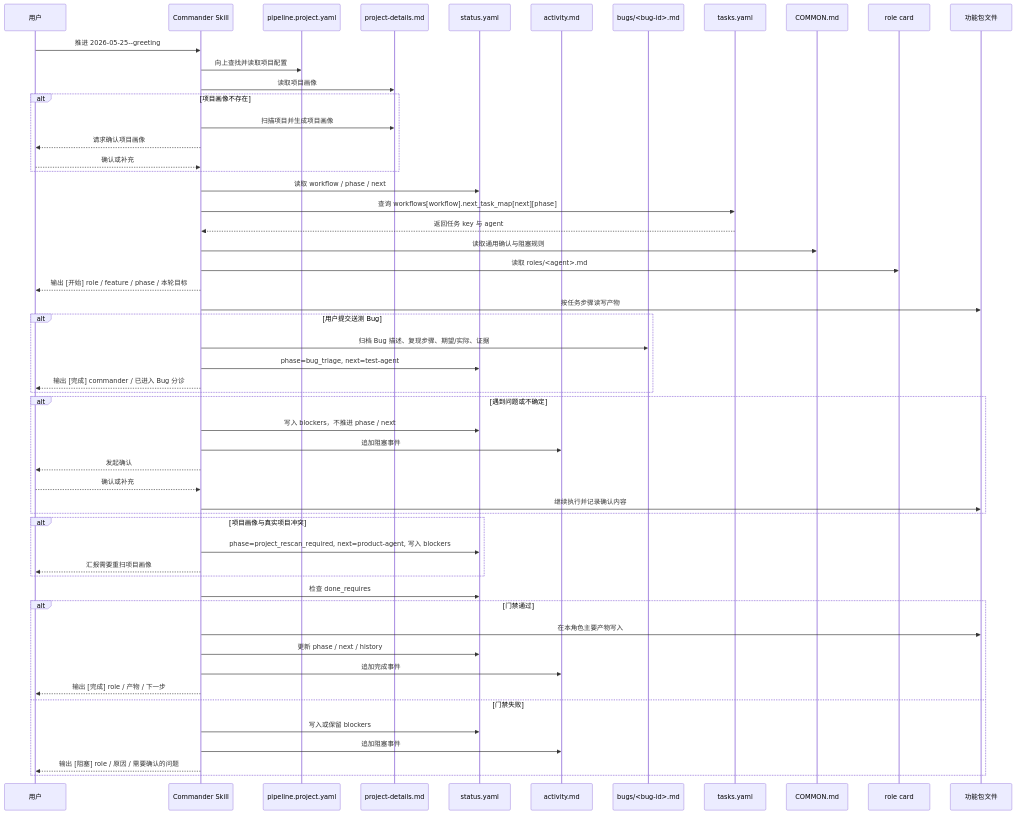
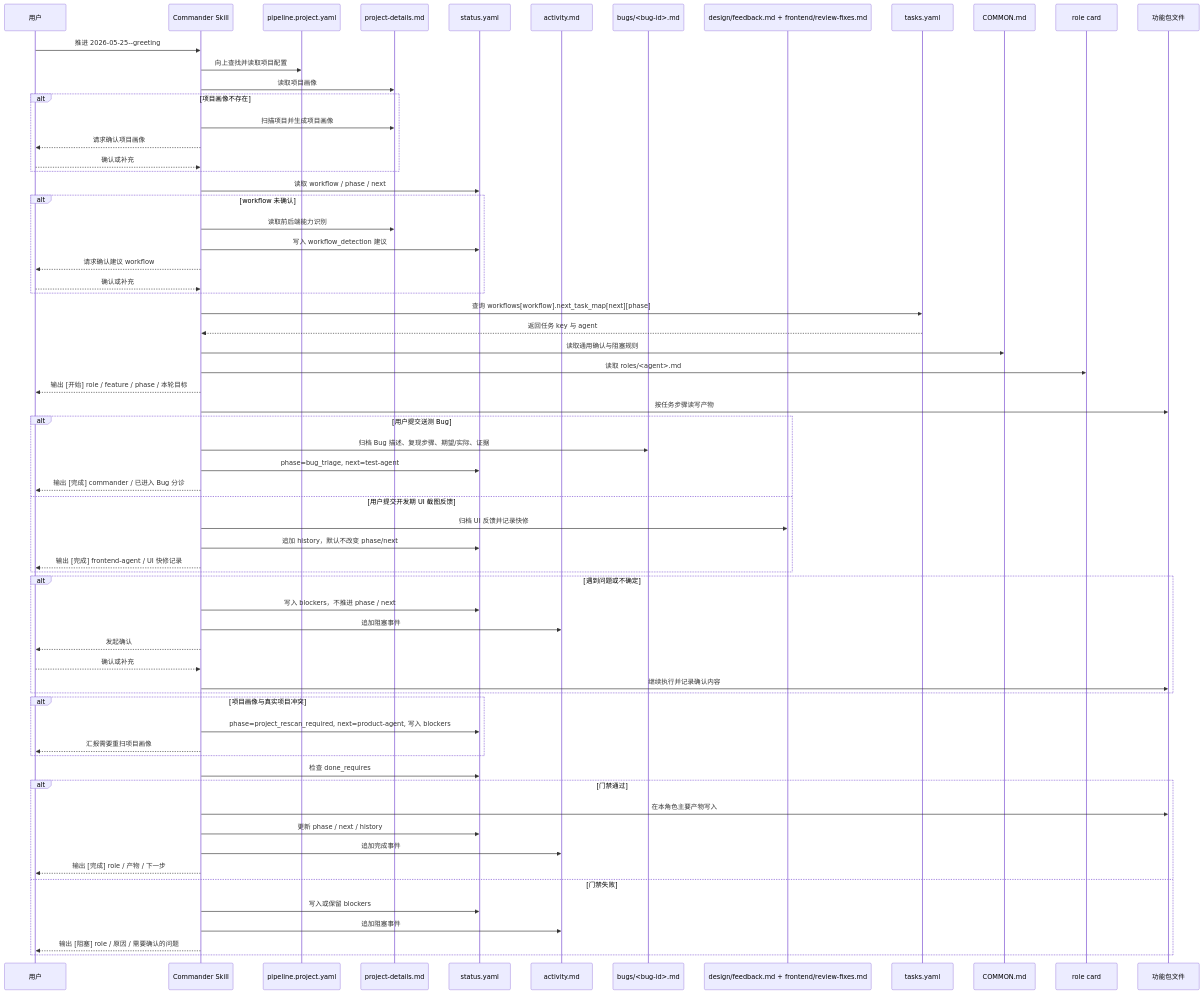
Before and after one commit to Jasmine-dong/skill_flow: the second of 6 diagrams in docs/ARCHITECTURE.md, drawn with Mermaid. The commit also changed other lines of this file and 17 other files, not shown here.

````diff
--- a/docs/ARCHITECTURE.md
+++ b/docs/ARCHITECTURE.md
@@ -44,57 +46,68 @@
 ```mermaid
 sequenceDiagram
   participant U as 用户
   participant C as Commander Skill
   participant P as pipeline.project.yaml
   participant K as project-details.md
   participant S as status.yaml
   participant A as activity.md
   participant B as bugs/<bug-id>.md
+  participant UI as design/feedback.md + frontend/review-fixes.md
   participant T as tasks.yaml
   participant G as COMMON.md
   participant R as role card
   participant F as 功能包文件
 
   U->>C: 推进 2026-05-25--greeting
   C->>P: 向上查找并读取项目配置
   C->>K: 读取项目画像
   alt 项目画像不存在
     C->>K: 扫描项目并生成项目画像
     C-->>U: 请求确认项目画像
     U-->>C: 确认或补充
   end
   C->>S: 读取 workflow / phase / next
+  alt workflow 未确认
+    C->>K: 读取前后端能力识别
+    C->>S: 写入 workflow_detection 建议
+    C-->>U: 请求确认建议 workflow
+    U-->>C: 确认或补充
+  end
   C->>T: 查询 workflows[workflow].next_task_map[next][phase]
   T-->>C: 返回任务 key 与 agent
   C->>G: 读取通用确认与阻塞规则
   C->>R: 读取 roles/<agent>.md
   C-->>U: 输出 [开始] role / feature / phase / 本轮目标
   C->>F: 按任务步骤读写产物
   alt 用户提交送测 Bug
     C->>B: 归档 Bug 描述、复现步骤、期望/实际、证据
     C->>S: phase=bug_triage, next=test-agent
     C-->>U: 输出 [完成] commander / 已进入 Bug 分诊
+  else 用户提交开发期 UI 截图反馈
+    C->>UI: 归档 UI 反馈并记录快修
+    C->>S: 追加 history，默认不改变 phase/next
+    C-->>U: 输出 [完成] frontend-agent / UI 快修记录
   end
   alt 遇到问题或不确定
     C->>S: 写入 blockers，不推进 phase / next
     C->>A: 追加阻塞事件
     C-->>U: 发起确认
     U-->>C: 确认或补充
     C->>F: 继续执行并记录确认内容
   end
   alt 项目画像与真实项目冲突
     C->>S: phase=project_rescan_required, next=product-agent, 写入 blockers
     C-->>U: 汇报需要重扫项目画像
   end
   C->>S: 检查 done_requires
   alt 门禁通过
     C->>F: 在本角色主要产物写入 ## Handoff
     C->>S: 更新 phase / next / history
     C->>A: 追加完成事件
     C-->>U: 输出 [完成] role / 产物 / 下一步
   else 门禁失败
     C->>S: 写入或保留 blockers
     C->>A: 追加阻塞事件
     C-->>U: 输出 [阻塞] role / 原因 / 需要确认的问题
   end
 ```
````
